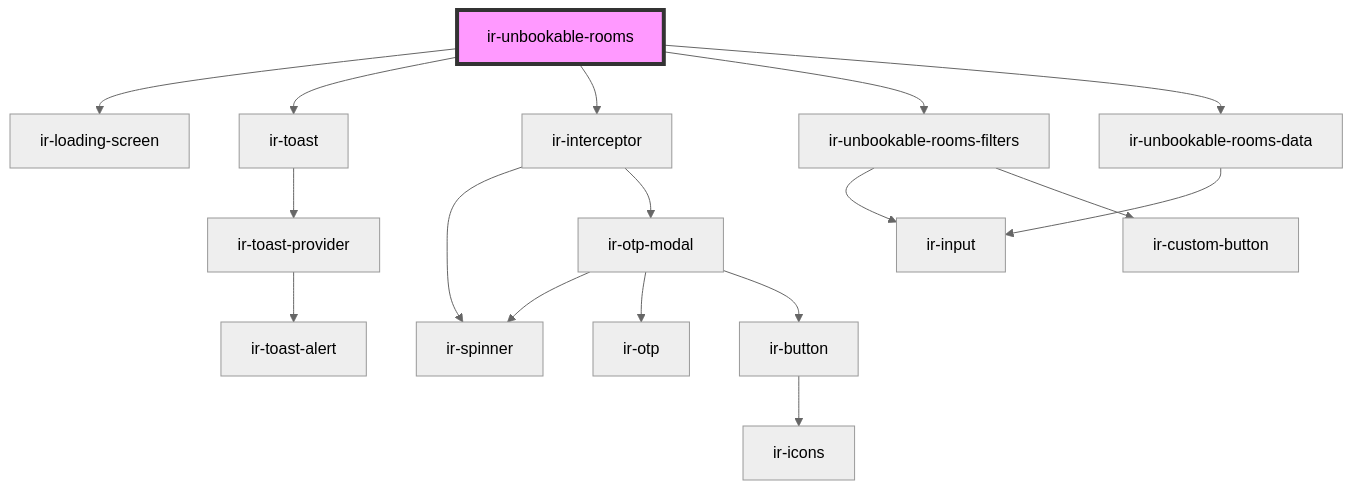
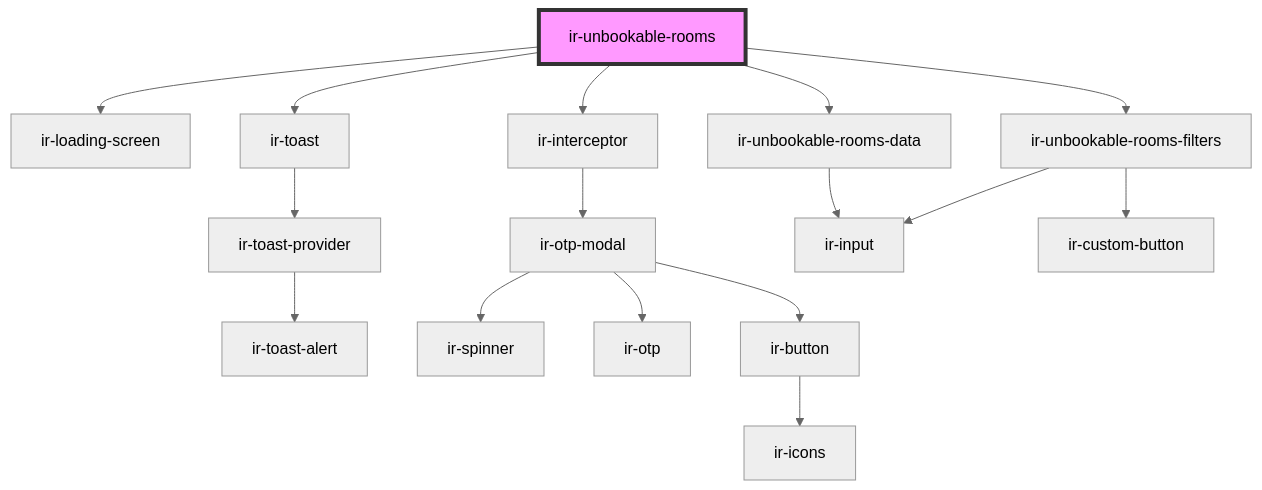
Before and after one commit to RonyRizk/ir-webcmp: the diagram in src/components/ir-unbookable-rooms/readme.md, drawn with Mermaid (neutral theme). The commit also changed 586 other files, not shown here.

````diff
--- a/src/components/ir-unbookable-rooms/readme.md
+++ b/src/components/ir-unbookable-rooms/readme.md
@@ -30,20 +30,19 @@
 ```mermaid
 graph TD;
   ir-unbookable-rooms --> ir-loading-screen
   ir-unbookable-rooms --> ir-toast
   ir-unbookable-rooms --> ir-interceptor
   ir-unbookable-rooms --> ir-unbookable-rooms-filters
   ir-unbookable-rooms --> ir-unbookable-rooms-data
   ir-toast --> ir-toast-provider
   ir-toast-provider --> ir-toast-alert
-  ir-interceptor --> ir-spinner
   ir-interceptor --> ir-otp-modal
   ir-otp-modal --> ir-spinner
   ir-otp-modal --> ir-otp
   ir-otp-modal --> ir-button
   ir-button --> ir-icons
   ir-unbookable-rooms-filters --> ir-input
   ir-unbookable-rooms-filters --> ir-custom-button
   ir-unbookable-rooms-data --> ir-input
   style ir-unbookable-rooms fill:#f9f,stroke:#333,stroke-width:4px
 ```
````
